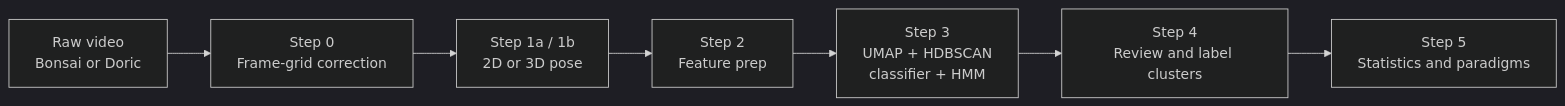
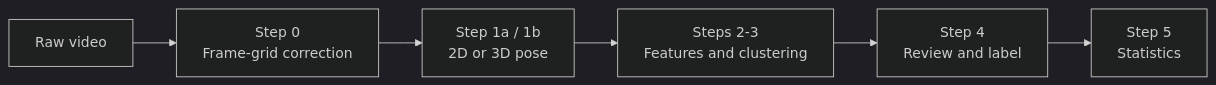
One commit to param-valiathan/CUBE changed the diagram in README.md. Above: the diagram before and after it, drawn with Mermaid (dark theme). The commit also changed other lines of this file and 18 other files, not shown here.

````diff
--- a/README.md
+++ b/README.md
@@ -36,9 +18,8 @@
 ```mermaid
 flowchart LR
-    V[Raw video<br/>Bonsai or Doric] --> S0[Step 0<br/>Frame-grid correction]
+    V[Raw video] --> S0[Step 0<br/>Frame-grid correction]
     S0 --> S1[Step 1a / 1b<br/>2D or 3D pose]
-    S1 --> S2[Step 2<br/>Feature prep]
-    S2 --> S3[Step 3<br/>UMAP + HDBSCAN<br/>classifier + HMM]
-    S3 --> S4[Step 4<br/>Review and label clusters]
-    S4 --> S5[Step 5<br/>Statistics and paradigms]
+    S1 --> S2[Steps 2-3<br/>Features and clustering]
+    S2 --> S4[Step 4<br/>Review and label]
+    S4 --> S5[Step 5<br/>Statistics]
 ```
````
